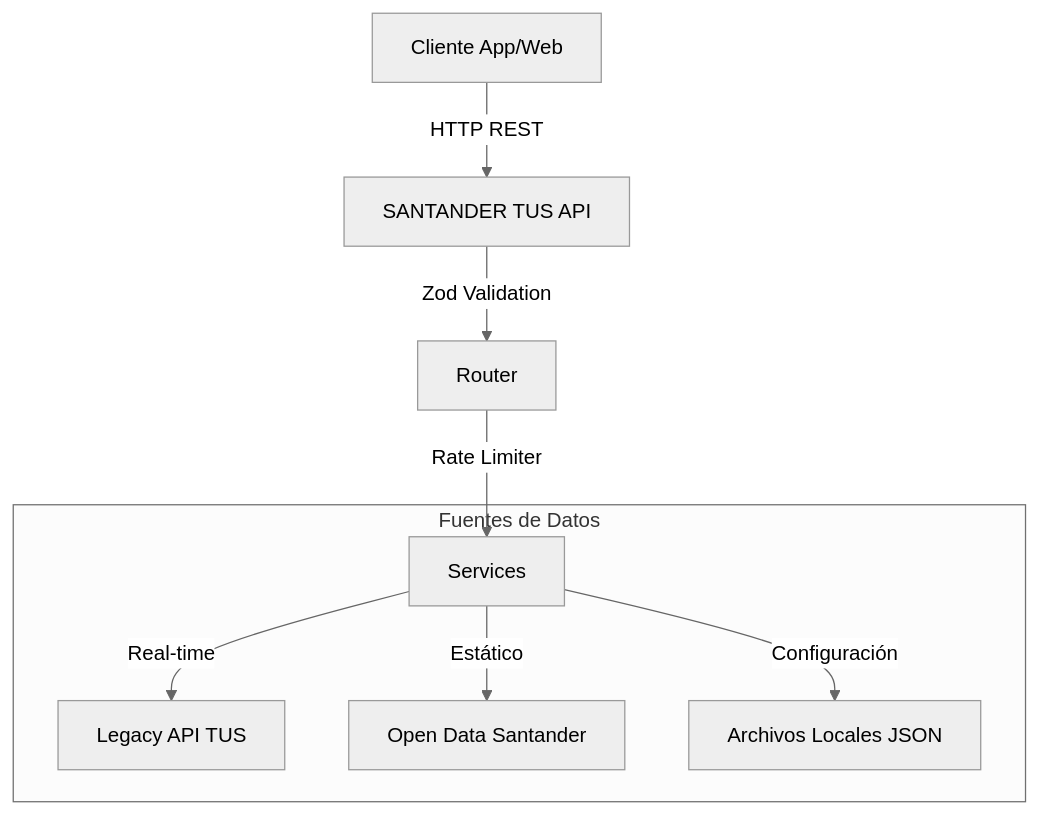
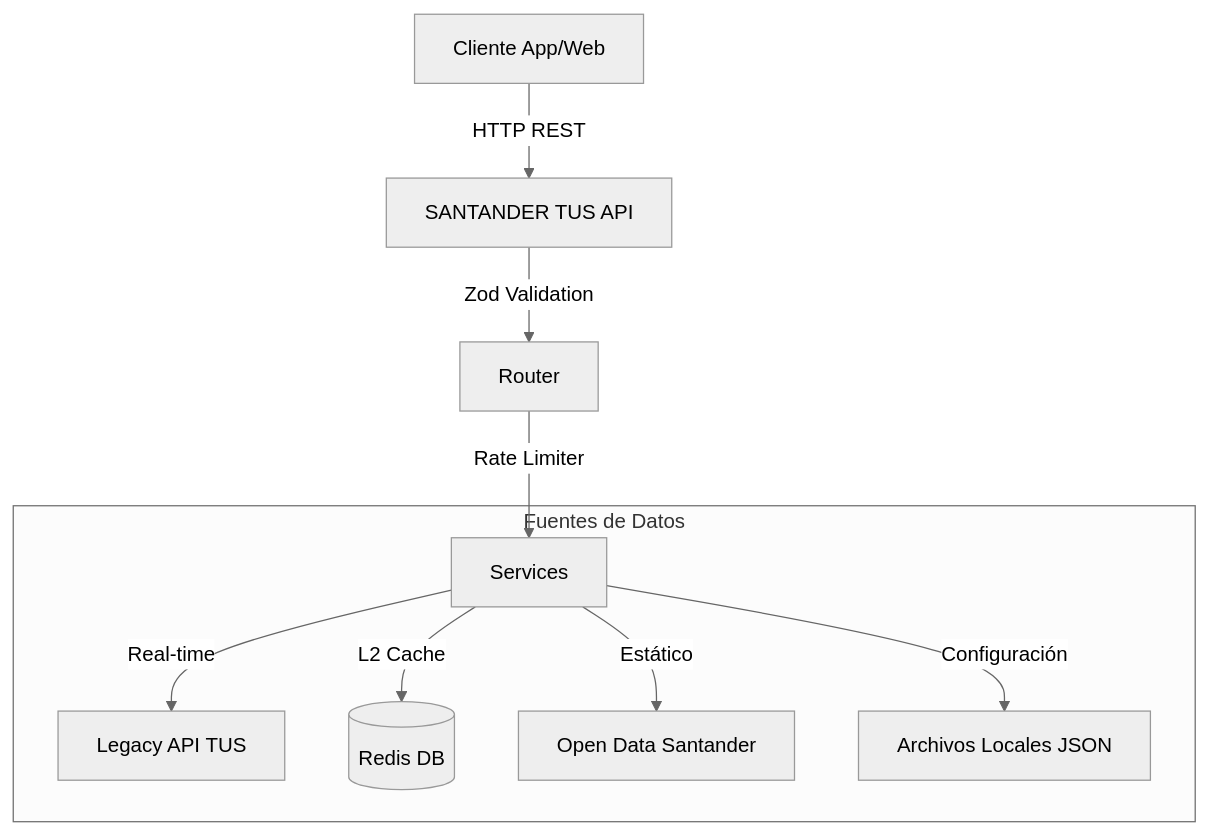
Before and after one commit to ebroelevado/transit-api-wrapper: the diagram in README.md, drawn with Mermaid (neutral theme). The commit also changed other lines of this file and 5 other files, not shown here.

````diff
--- a/README.md
+++ b/README.md
@@ -31,12 +35,13 @@
 ```mermaid
 graph TD
     Client[Cliente App/Web] -->|HTTP REST| API[SANTANDER TUS API]
     API -->|Zod Validation| Router
     Router -->|Rate Limiter| Services
 
     subgraph Fuentes de Datos
         Services -->|Real-time| Legacy[Legacy API TUS]
+        Services -->|L2 Cache| Redis[(Redis DB)]
         Services -->|Estático| OpenData[Open Data Santander]
         Services -->|Configuración| Local[Archivos Locales JSON]
     end
 ```
````
